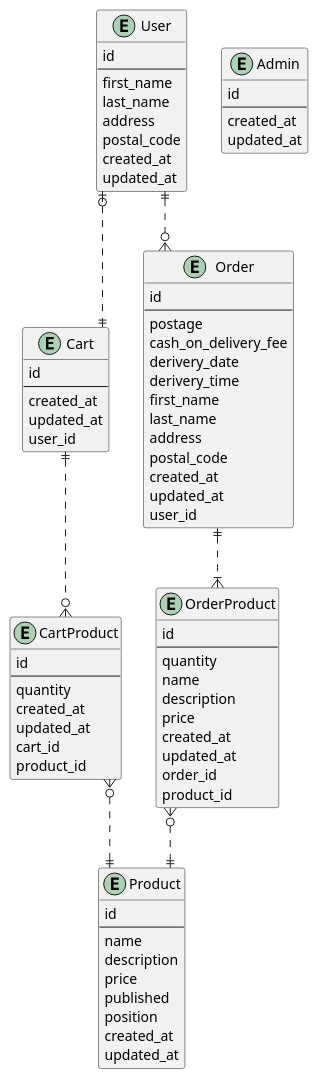
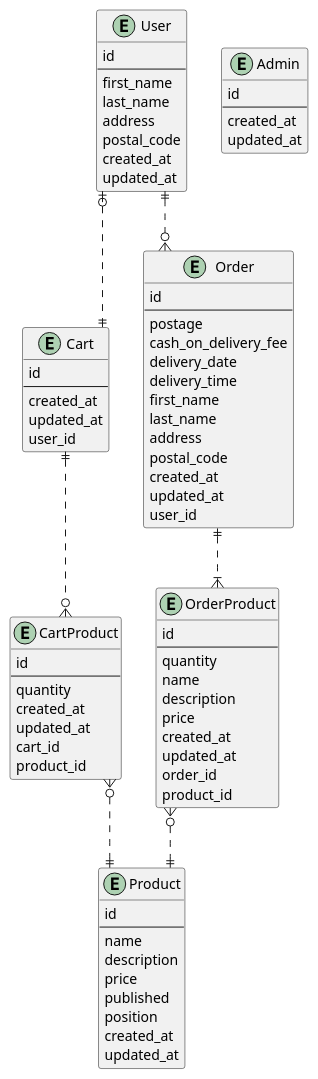
One commit to Rei-Sogawa/sakura-2 changed the diagram in db-model.pu. Above: the diagram before and after it, drawn with PlantUML. The commit also changed 2 other files, not shown here.

```diff
--- a/db-model.pu
+++ b/db-model.pu
@@ -1,82 +1,82 @@
 @startuml db model
 skinparam linetype ortho
 
 entity User {
   id
   --
   first_name
   last_name
   address
   postal_code
   created_at
   updated_at
 }
 entity Admin {
   id
   --
   created_at
   updated_at
 }
 entity Product {
   id
   --
   name
   description
   price
   published
   position
   created_at
   updated_at
 }
 entity Cart {
   id
   --
   created_at
   updated_at
   user_id
 }
 entity CartProduct {
   id
   --
   quantity
   created_at
   updated_at
   cart_id
   product_id
 }
 entity Order {
   id
   --
   postage
   cash_on_delivery_fee
-  derivery_date
-  derivery_time
+  delivery_date
+  delivery_time
   first_name
   last_name
   address
   postal_code
   created_at
   updated_at
   user_id
 }
 entity OrderProduct {
   id
   --
   quantity
   name
   description
   price
   created_at
   updated_at
   order_id
   product_id
 }
 
 User |o..|| Cart
 Cart ||..o{ CartProduct
 CartProduct }o..|| Product
 
 User ||..o{ Order
 Order ||..|{ OrderProduct
 OrderProduct }o..|| Product
 @enduml
```
